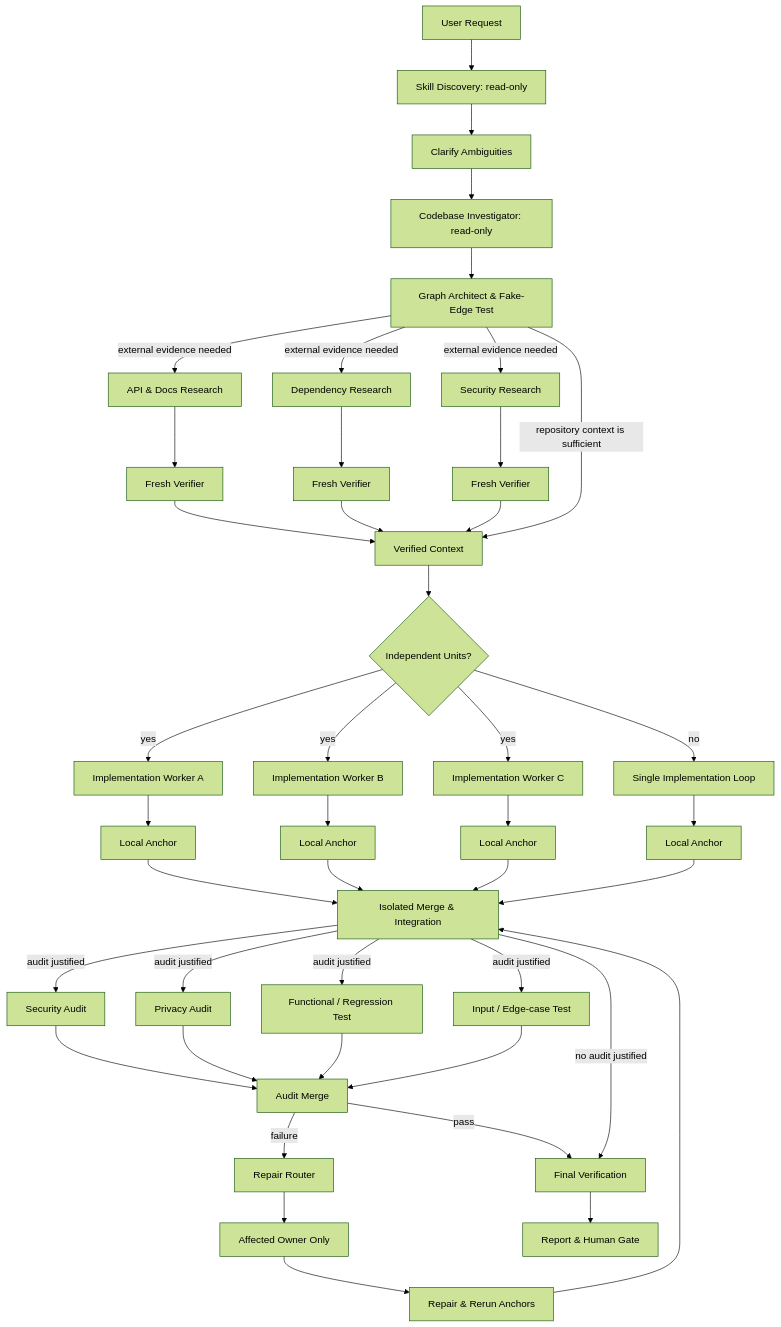
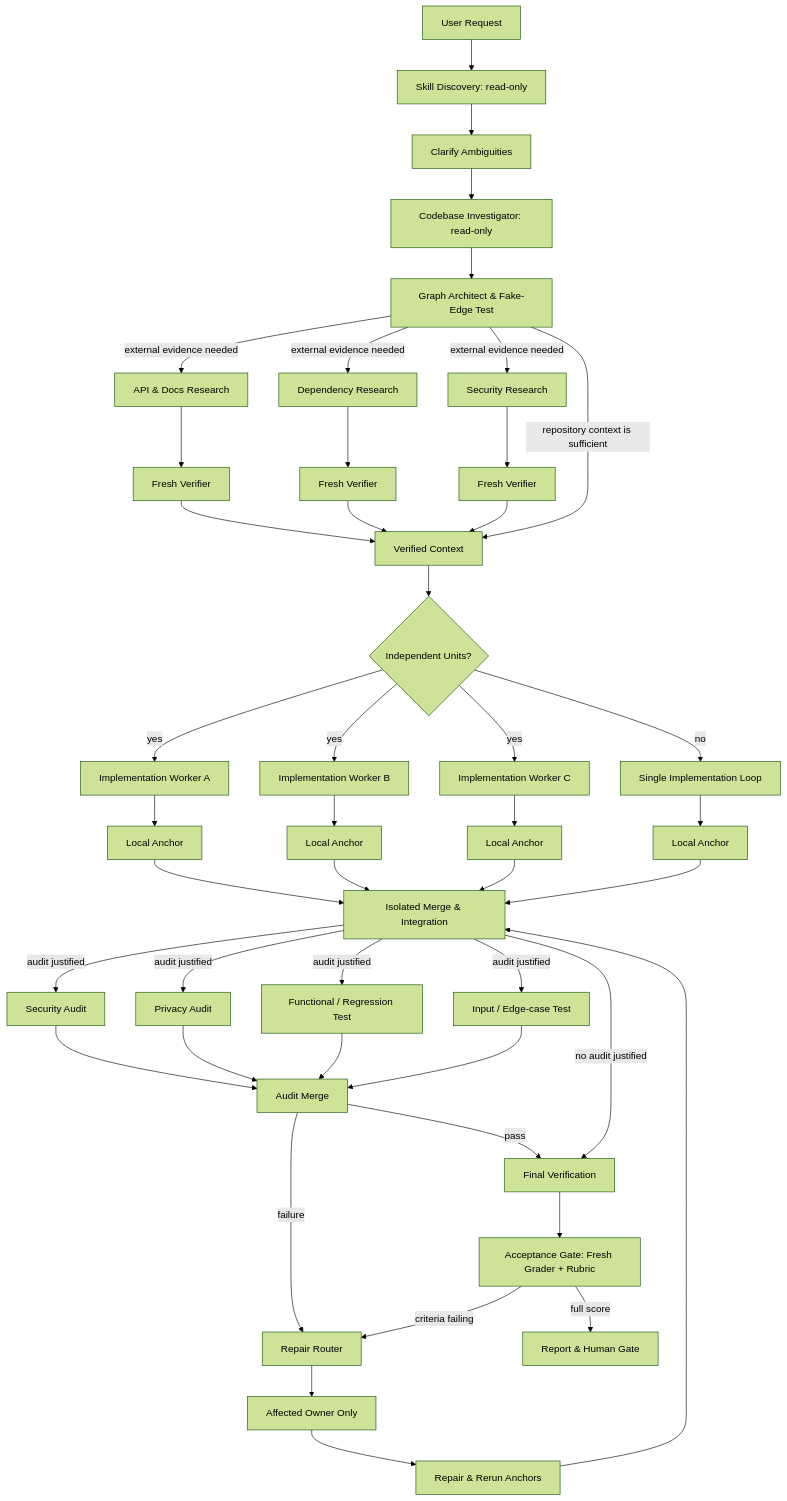
Before and after one commit to Thanarak-q/graph-engineering-workflow: the diagram in README.md, drawn with Mermaid (forest theme). The commit also changed other lines of this file and 2 other files, not shown here.

First line of the commit message:
feat: close the graph on a graded acceptance rubric

````diff
--- a/README.md
+++ b/README.md
@@ -48,55 +70,57 @@
 ```mermaid
 flowchart TD
     U[User Request] --> SD[Skill Discovery: read-only]
     SD --> C[Clarify Ambiguities]
     C --> CI[Codebase Investigator: read-only]
     CI --> G[Graph Architect & Fake-Edge Test]
 
     G -->|external evidence needed| R1[API & Docs Research]
     G -->|external evidence needed| R2[Dependency Research]
     G -->|external evidence needed| R3[Security Research]
 
     R1 --> V1[Fresh Verifier]
     R2 --> V2[Fresh Verifier]
     R3 --> V3[Fresh Verifier]
 
     V1 --> K[Verified Context]
     V2 --> K
     V3 --> K
     G -->|repository context is sufficient| K
 
     K --> D{Independent Units?}
     D -->|yes| I1[Implementation Worker A]
     D -->|yes| I2[Implementation Worker B]
     D -->|yes| I3[Implementation Worker C]
     D -->|no| S[Single Implementation Loop]
 
     I1 --> T1[Local Anchor]
     I2 --> T2[Local Anchor]
     I3 --> T3[Local Anchor]
     S --> TS[Local Anchor]
 
     T1 --> M[Isolated Merge & Integration]
     T2 --> M
     T3 --> M
     TS --> M
 
     M -->|audit justified| A1[Security Audit]
     M -->|audit justified| A2[Privacy Audit]
     M -->|audit justified| A3[Functional / Regression Test]
     M -->|audit justified| A4[Input / Edge-case Test]
     M -->|no audit justified| F[Final Verification]
 
     A1 --> AM[Audit Merge]
     A2 --> AM
     A3 --> AM
     A4 --> AM
 
     AM -->|failure| RR[Repair Router]
     RR --> O[Affected Owner Only]
     O --> RT[Repair & Rerun Anchors]
     RT --> M
 
     AM -->|pass| F
-    F --> H[Report & Human Gate]
+    F --> GG[Acceptance Gate: Fresh Grader + Rubric]
+    GG -->|criteria failing| RR
+    GG -->|full score| H[Report & Human Gate]
 ```
````
